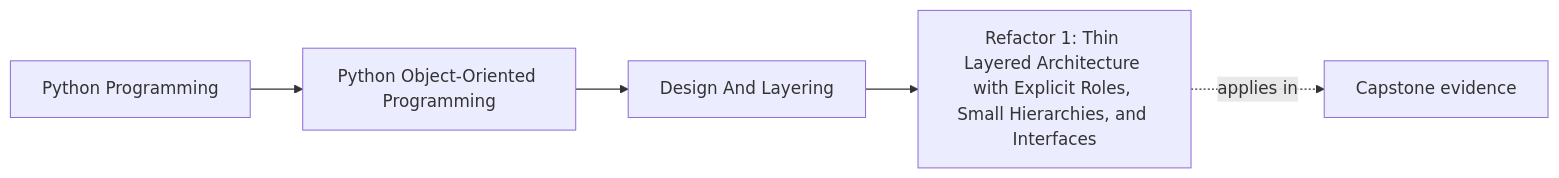
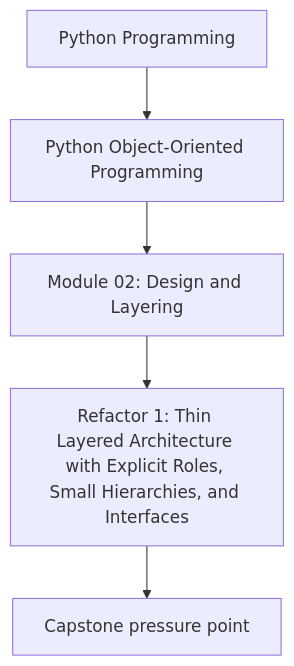
One commit to bijux/bijux-masterclass changed the first of 2 diagrams in programs/python-programming/python-object-oriented-programming/course-book/module-02-design-and-layering/refactor-layered-design-with-small-hierarchies.md. Above: the diagram before and after it, drawn with Mermaid. The commit also changed other lines of this file and 107 other files, not shown here.

Commit message:
docs(python-object-oriented-programming): align concept page diagrams

````diff
--- a/programs/python-programming/python-object-oriented-programming/course-book/module-02-design-and-layering/refactor-layered-design-with-small-hierarchies.md
+++ b/programs/python-programming/python-object-oriented-programming/course-book/module-02-design-and-layering/refactor-layered-design-with-small-hierarchies.md
@@ -7,11 +7,7 @@
 ```mermaid
-graph LR
-  family["Python Programming"]
-  program["Python Object-Oriented Programming"]
-  section["Design And Layering"]
-  page["Refactor 1: Thin Layered Architecture with Explicit Roles, Small Hierarchies, and Interfaces"]
-  capstone["Capstone evidence"]
-
-  family --> program --> section --> page
-  page -.applies in.-> capstone
+flowchart TD
+  family["Python Programming"] --> program["Python Object-Oriented Programming"]
+  program --> module["Module 02: Design and Layering"]
+  module --> concept["Refactor 1: Thin Layered Architecture with Explicit Roles, Small Hierarchies, and Interfaces"]
+  concept --> capstone["Capstone pressure point"]
 ```
````
